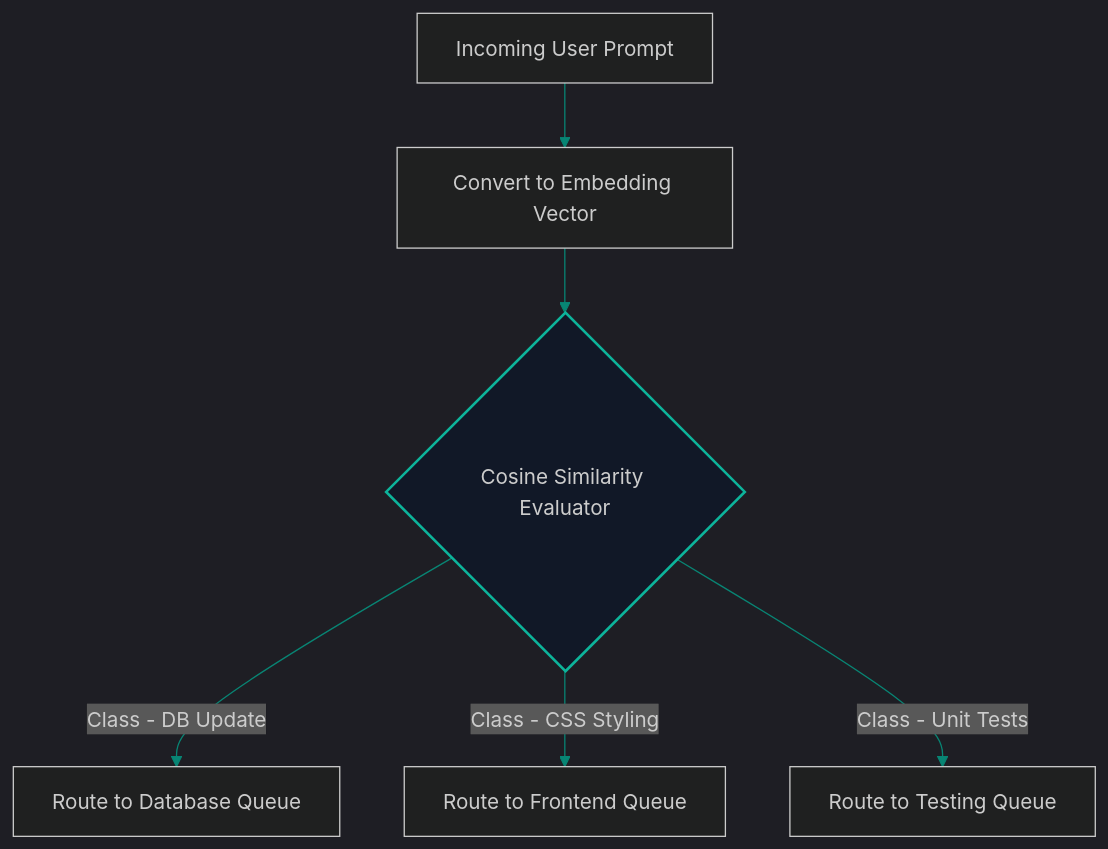
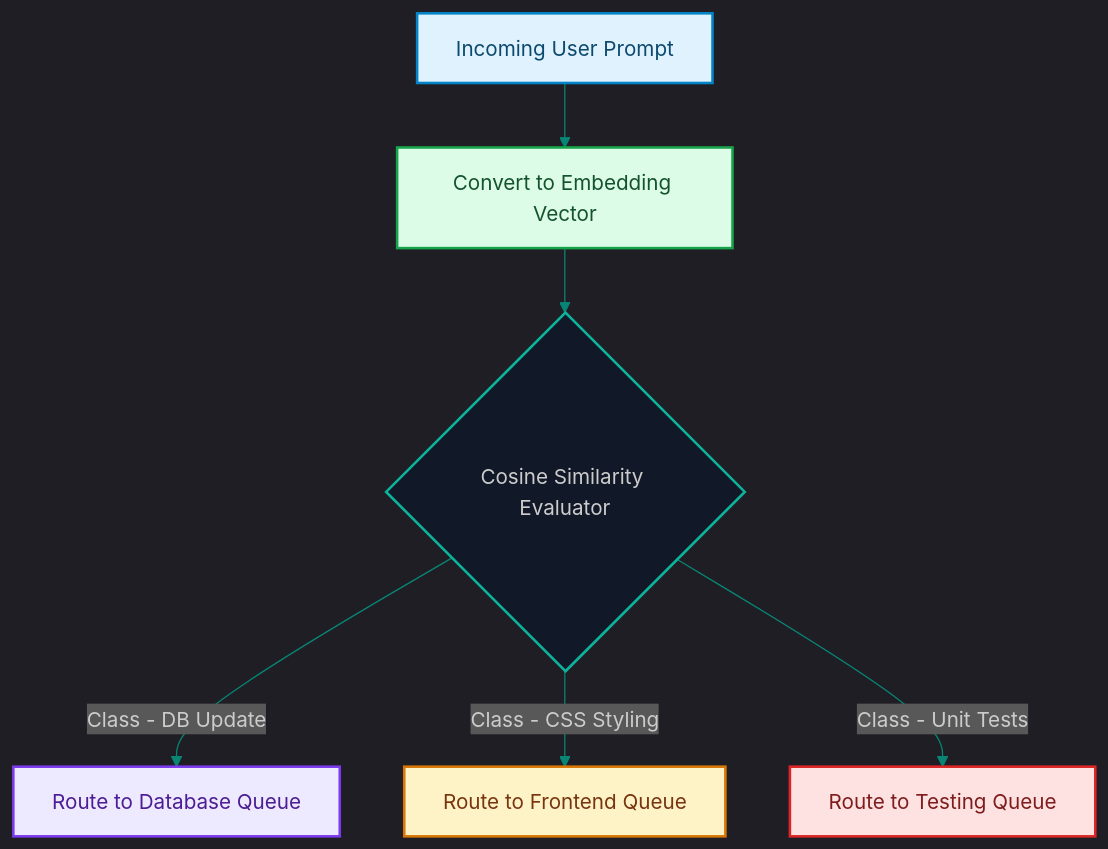
One commit to akmalkhaniub/akmalkhaniub.github.io changed the diagram in blog/posts/routing-topology-dynamic-semantic-classifiers.md. Above: the diagram before and after it, drawn with Mermaid. The commit also changed other lines of this file and 1291 other files, not shown here.

First line of the commit message:
feat(catalog): unique covers, scholarly references, and diagram palettes

````diff
--- a/blog/posts/routing-topology-dynamic-semantic-classifiers.md
+++ b/blog/posts/routing-topology-dynamic-semantic-classifiers.md
@@ -22,12 +22,23 @@
 ```mermaid
 %%{init: {'theme': 'dark', 'themeVariables': { 'primaryColor': '#088574', 'primaryTextColor': '#f3f4f6', 'primaryBorderColor': '#0db49b', 'lineColor': '#088574', 'secondaryColor': '#111827', 'tertiaryColor': '#0b0f19'}}}%%
 flowchart TD
-    Prompt[Incoming User Prompt] --> Embed[Convert to Embedding Vector]
+    Prompt["Incoming User Prompt"] --> Embed["Convert to Embedding Vector"]
     Embed --> Cosine{Cosine Similarity Evaluator}
     
-    Cosine -->|Class - DB Update| DB[Route to Database Queue]
-    Cosine -->|Class - CSS Styling| FE[Route to Frontend Queue]
-    Cosine -->|Class - Unit Tests| Test[Route to Testing Queue]
+    Cosine -->|Class - DB Update| DB["Route to Database Queue"]
+    Cosine -->|Class - CSS Styling| FE["Route to Frontend Queue"]
+    Cosine -->|Class - Unit Tests| Test["Route to Testing Queue"]
     
     style Cosine fill:#111827,stroke:#0db49b,stroke-width:2px
+
+classDef green fill:#dcfce7,stroke:#16a34a,stroke-width:2px,color:#14532d;
+classDef red fill:#fee2e2,stroke:#dc2626,stroke-width:2px,color:#7f1d1d;
+classDef blue fill:#e0f2fe,stroke:#0284c7,stroke-width:2px,color:#0c4a6e;
+classDef yellow fill:#fef3c7,stroke:#d97706,stroke-width:2px,color:#78350f;
+classDef purple fill:#ede9fe,stroke:#7c3aed,stroke-width:2px,color:#4c1d95;
+class Prompt blue
+class Embed green
+class DB purple
+class FE yellow
+class Test red
 ```
````
